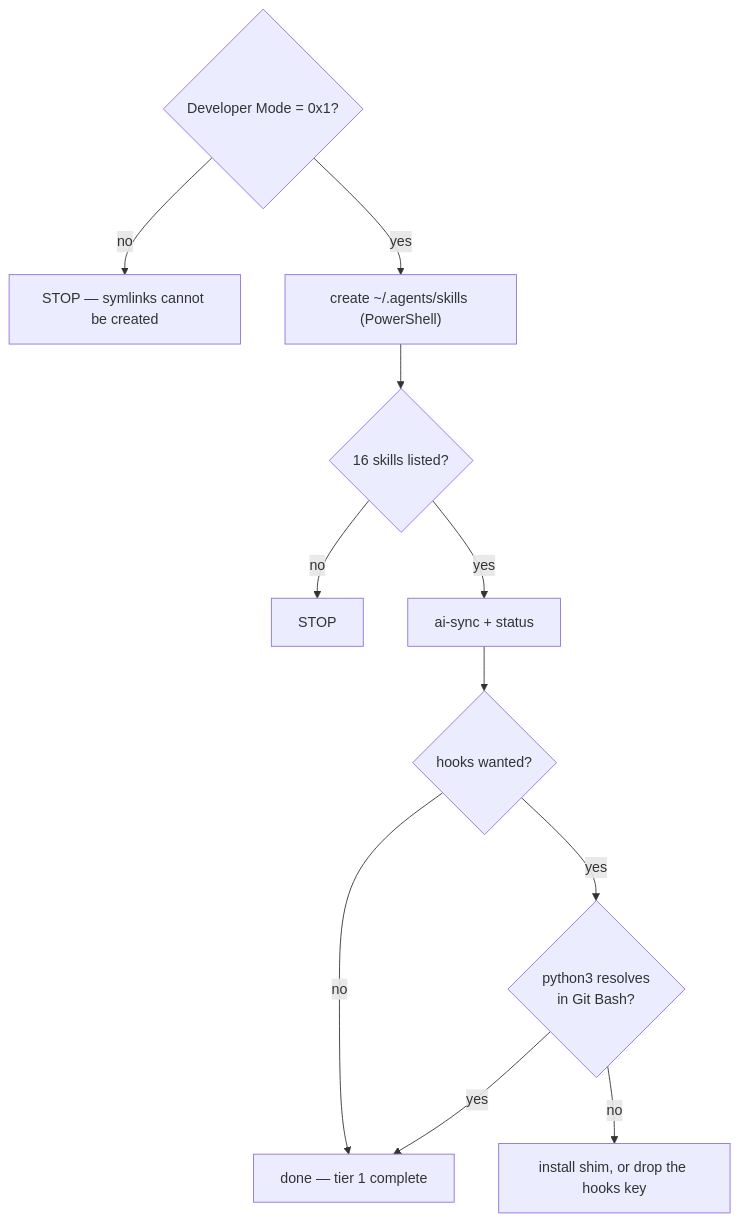
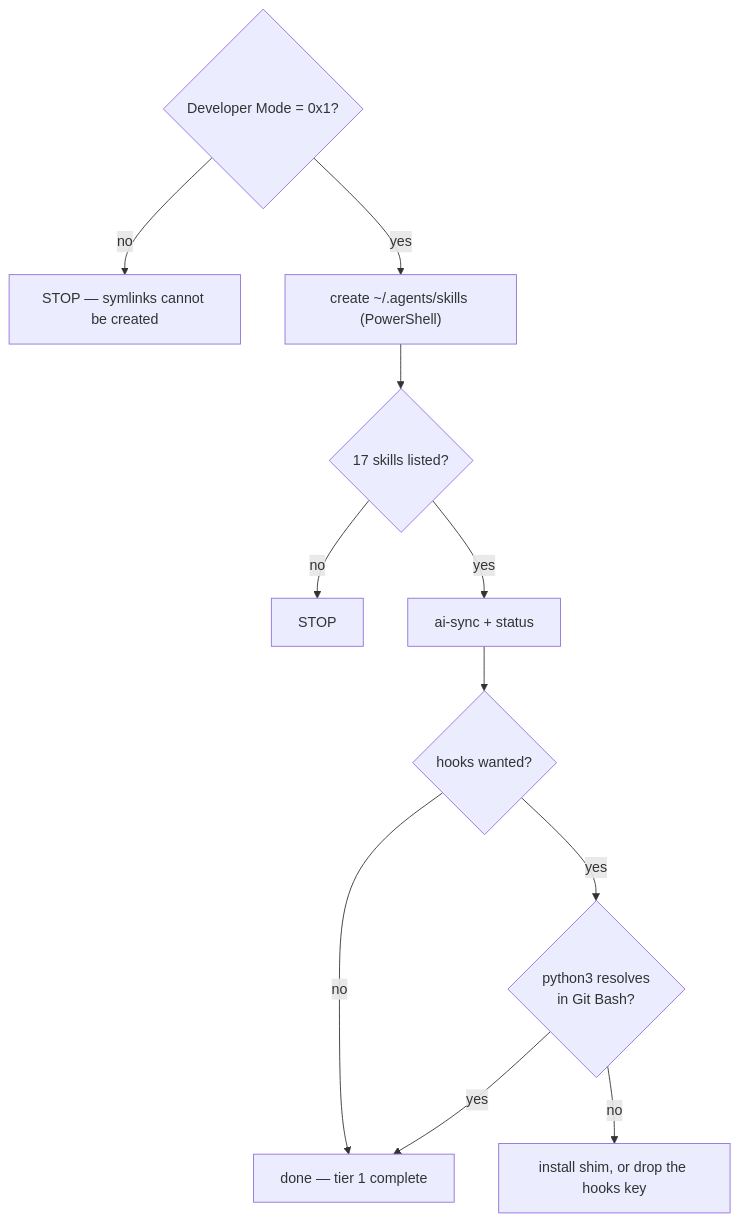
The tenth of 10 diagrams in HOW-TO-USE.agent.md (ozanozcan/ai-wow), drawn with Mermaid before and after one commit. The commit also changed other lines of this file and 23 other files, not shown here.

````diff
--- a/HOW-TO-USE.agent.md
+++ b/HOW-TO-USE.agent.md
@@ -413,13 +414,13 @@
 ```mermaid
 flowchart TD
   A{"Developer Mode = 0x1?"} -->|no| A1["STOP — symlinks cannot be created"]
   A -->|yes| B["create ~/.agents/skills (PowerShell)"]
-  B --> C{"16 skills listed?"}
+  B --> C{"17 skills listed?"}
   C -->|no| C1["STOP"]
   C -->|yes| D["ai-sync + status"]
   D --> E{"hooks wanted?"}
   E -->|no| DONE["done — tier 1 complete"]
   E -->|yes| F{"python3 resolves <br/>in Git Bash?"}
   F -->|no| F1["install shim, or drop the hooks key"]
   F -->|yes| DONE
 ```
````
